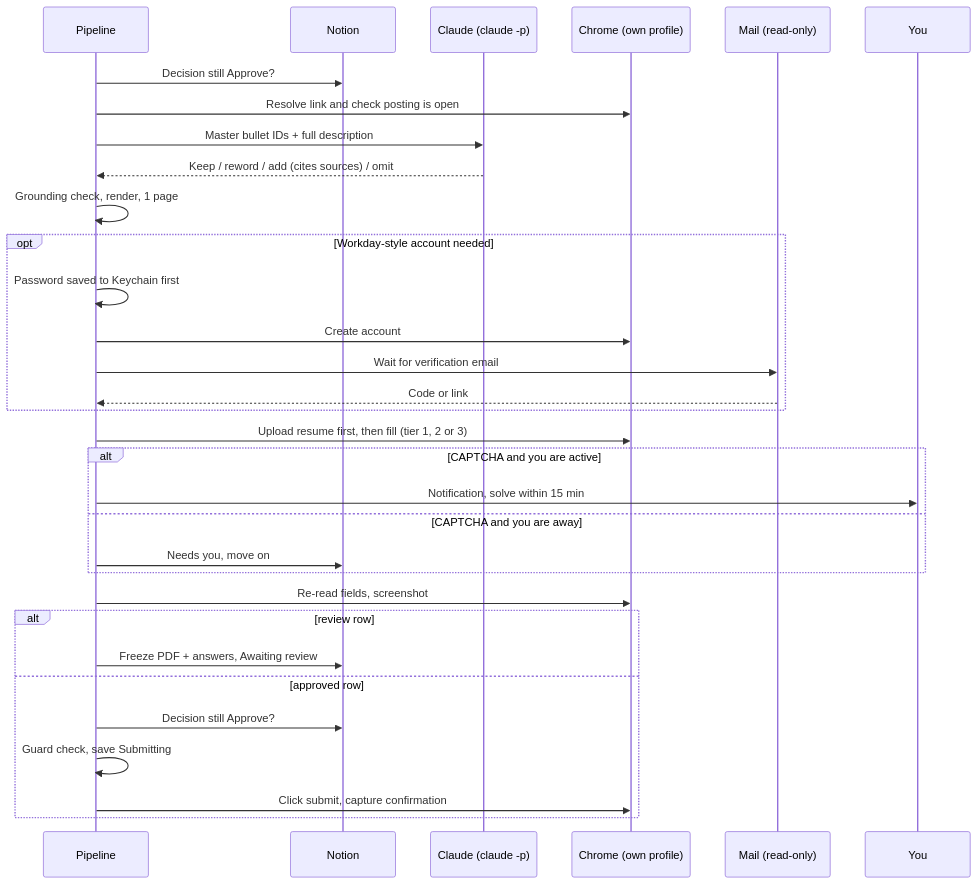
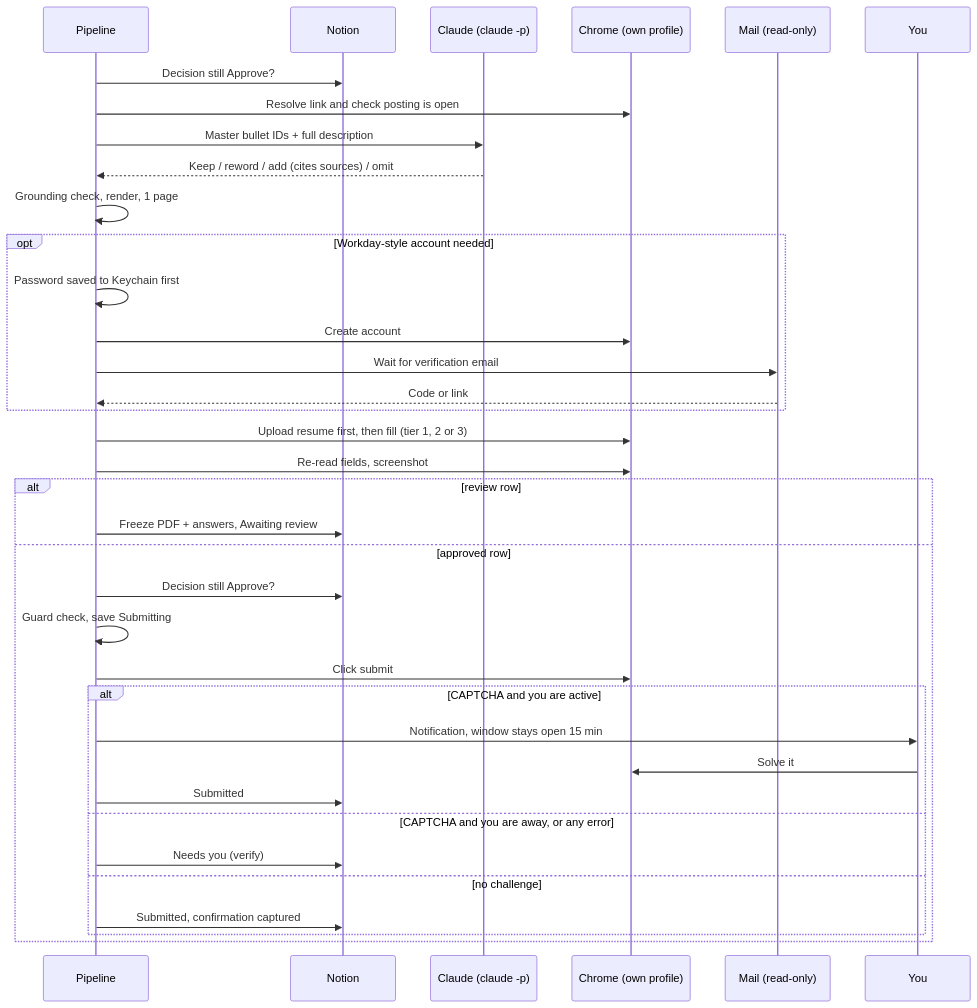
One commit to shariqanwar20/Job-Applier changed the seventh of 7 diagrams in docs/architecture.md. Above: the diagram before and after it, drawn with Mermaid. The commit also changed other lines of this file and 1 other file, not shown here.

````diff
--- a/docs/architecture.md
+++ b/docs/architecture.md
@@ -182,34 +188,38 @@
 ```mermaid
 sequenceDiagram
   participant P as Pipeline
   participant N as Notion
   participant C as Claude (claude -p)
   participant B as Chrome (own profile)
   participant M as Mail (read-only)
   participant Y as You
   P->>N: Decision still Approve?
   P->>B: Resolve link and check posting is open
   P->>C: Master bullet IDs + full description
   C-->>P: Keep / reword / add (cites sources) / omit
   P->>P: Grounding check, render, 1 page
   opt Workday-style account needed
     P->>P: Password saved to Keychain first
     P->>B: Create account
     P->>M: Wait for verification email
     M-->>P: Code or link
   end
   P->>B: Upload resume first, then fill (tier 1, 2 or 3)
-  alt CAPTCHA and you are active
-    P->>Y: Notification, solve within 15 min
-  else CAPTCHA and you are away
-    P->>N: Needs you, move on
-  end
   P->>B: Re-read fields, screenshot
   alt review row
     P->>N: Freeze PDF + answers, Awaiting review
   else approved row
     P->>N: Decision still Approve?
     P->>P: Guard check, save Submitting
-    P->>B: Click submit, capture confirmation
+    P->>B: Click submit
+    alt CAPTCHA and you are active
+      P->>Y: Notification, window stays open 15 min
+      Y->>B: Solve it
+      P->>N: Submitted
+    else CAPTCHA and you are away, or any error
+      P->>N: Needs you (verify)
+    else no challenge
+      P->>N: Submitted, confirmation captured
+    end
   end
 ```
````
